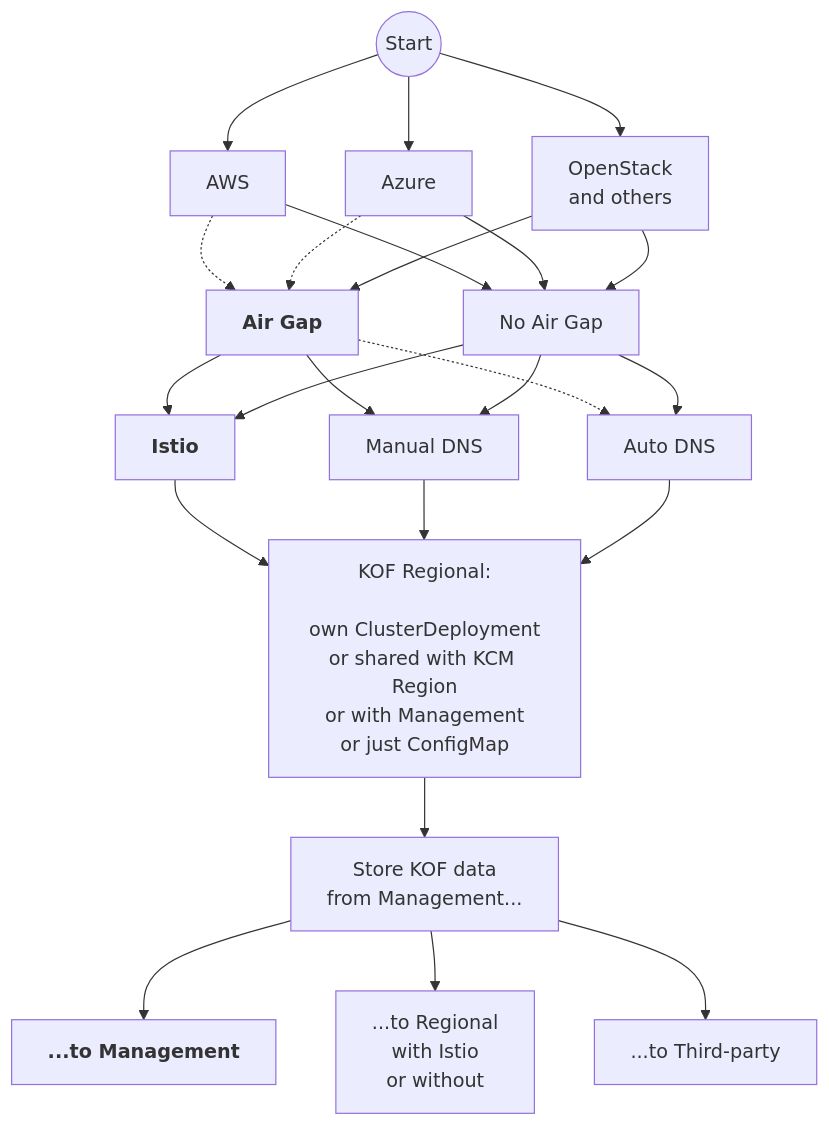
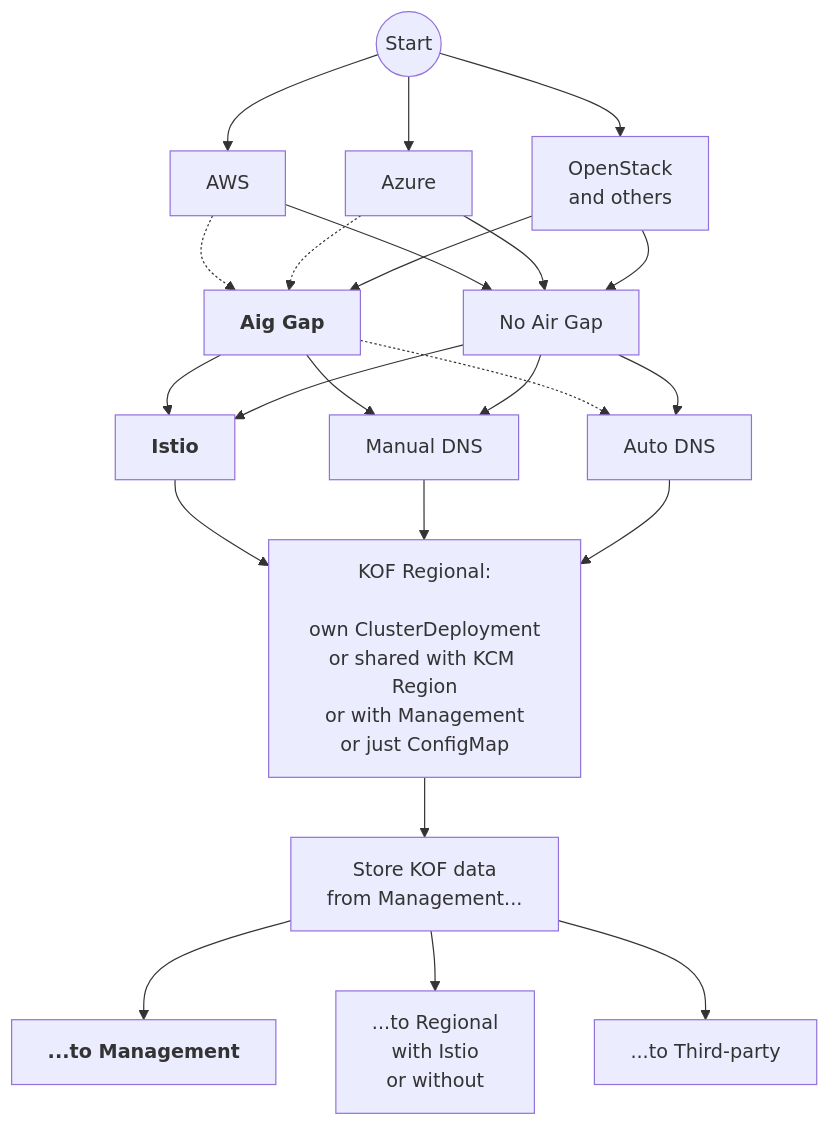
One commit to zerospiel/docs changed the diagram in docs/admin/kof/kof-install.md. Above: the diagram before and after it, drawn with Mermaid. The commit also changed other lines of this file and 7 other files, not shown here.

````diff
--- a/docs/admin/kof/kof-install.md
+++ b/docs/admin/kof/kof-install.md
@@ -7,26 +7,26 @@
 ```mermaid
 flowchart TD
     S((Start))
     S --> AWS[AWS]
     S --> AZ[Azure]
     S --> OS[OpenStack<br>and others]
-    AWS -.-> AG[<b>Air Gap</b>]
+    AWS -.-> AG[<b>Aig Gap</b>]
     AZ -.-> AG
     OS --> AG
     AWS --> NAG[No Air Gap]
     AZ --> NAG
     OS --> NAG
     AG --> I[<b>Istio</b>]
     AG --> MD[Manual DNS]
     AG -.-> AD[Auto DNS]
     NAG --> I
     NAG --> MD
     NAG --> AD
     I --> R[KOF Regional:<br><br>own ClusterDeployment<br>or shared with KCM Region<br>or with Management<br>or just ConfigMap]
     MD --> R
     AD --> R
     R --> M2[Store KOF data<br>from Management...]
     M2 --> M2M[<b>...to Management</b>]
     M2 --> M2R[...to Regional<br>with Istio<br>or without]
     M2 --> M2TP[...to Third-party]
 ```
````
